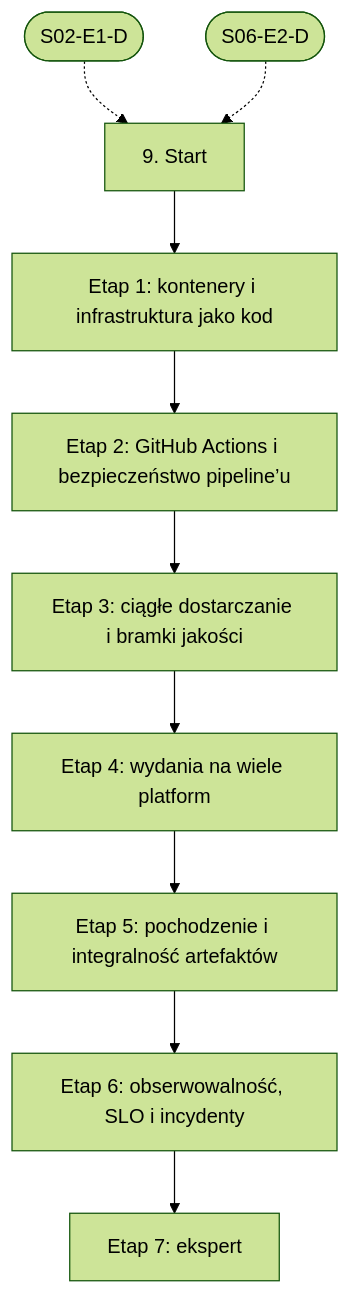
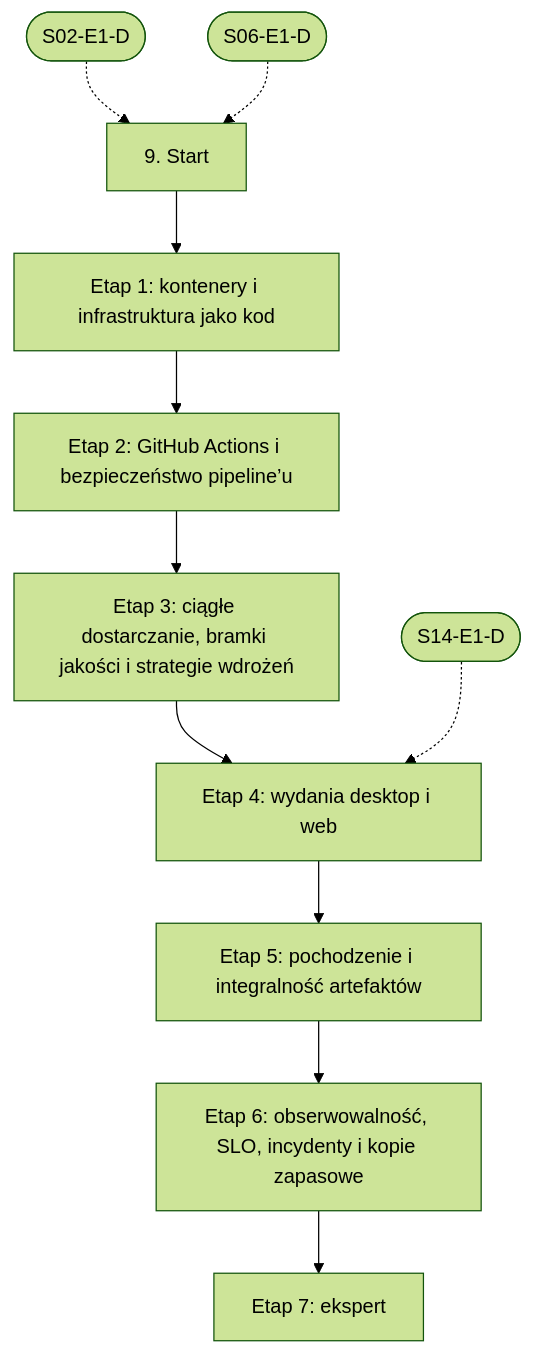
One commit to danjarosz/software-development-learning-path changed the diagram in linear/09-devops-ci-cd-i-wydania.md. Above: the diagram before and after it, drawn with Mermaid (forest theme). The commit also changed other lines of this file and 65 other files, not shown here.

First line of the commit message:
feat: popraw ścieżki nauki po przeglądzie i dodaj NestJS, FastAPI i GraphQL

````diff
--- a/linear/09-devops-ci-cd-i-wydania.md
+++ b/linear/09-devops-ci-cd-i-wydania.md
@@ -91,20 +90,21 @@
 ```mermaid
 flowchart TD
   START["9. Start"]
   E1["Etap 1: kontenery i infrastruktura jako kod"]
   E2["Etap 2: GitHub Actions i bezpieczeństwo pipeline’u"]
-  E3["Etap 3: ciągłe dostarczanie i bramki jakości"]
-  E4["Etap 4: wydania na wiele platform"]
+  E3["Etap 3: ciągłe dostarczanie, bramki jakości i strategie wdrożeń"]
+  E4["Etap 4: wydania desktop i web"]
   E5["Etap 5: pochodzenie i integralność artefaktów"]
-  E6["Etap 6: obserwowalność, SLO i incydenty"]
+  E6["Etap 6: obserwowalność, SLO, incydenty i kopie zapasowe"]
   E7["Etap 7: ekspert"]
   START --> E1
   E1 --> E2
   E2 --> E3
   E3 --> E4
+  XS14E1D(["S14-E1-D"]) -.-> E4
   E4 --> E5
   E5 --> E6
   E6 --> E7
   XS02E1D(["S02-E1-D"]) -.-> START
-  XS06E2D(["S06-E2-D"]) -.-> START
+  XS06E1D(["S06-E1-D"]) -.-> START
 ```
````
